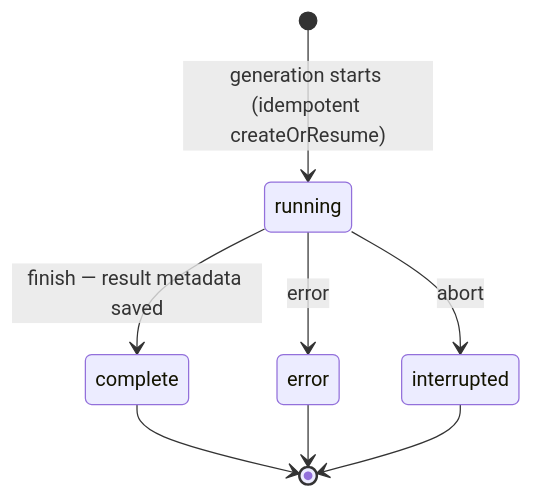
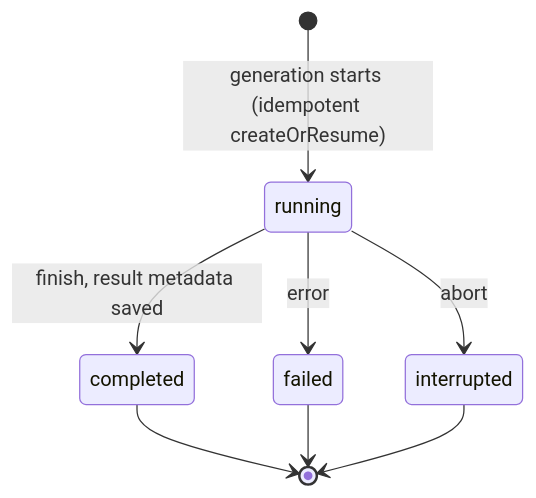
Before and after one commit to TanStack/ai: the first of 2 diagrams in docs/persistence/generation-persistence.md, drawn with Mermaid. The commit also changed 10 other files, not shown here.

````diff
--- a/docs/persistence/generation-persistence.md
+++ b/docs/persistence/generation-persistence.md
@@ -57,10 +57,10 @@
 ```mermaid
 stateDiagram-v2
     [*] --> running : generation starts (idempotent createOrResume)
-    running --> complete : finish — result metadata saved
-    running --> error : error
+    running --> completed : finish, result metadata saved
+    running --> failed : error
     running --> interrupted : abort
-    complete --> [*]
-    error --> [*]
+    completed --> [*]
+    failed --> [*]
     interrupted --> [*]
 ```
````
